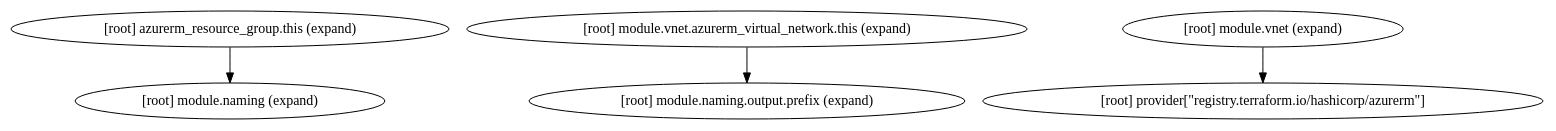
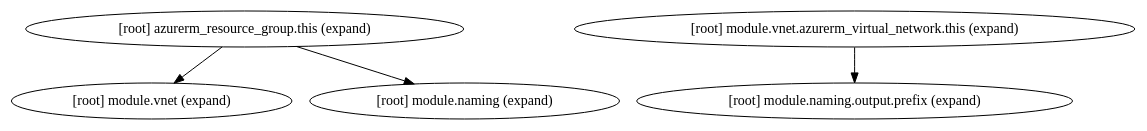
One commit to DamianFlynn/experiments changed the diagram in docs/superpowers/plans/2026-06-02-activity-overview-phase3c.md. Above: the diagram before and after it, drawn with Graphviz. The commit also changed 1 other file, not shown here.

Commit message:
fix(activity): terraform graph fixture needs an edge targeting module.vnet
Task 7 asserts modules/vnet is a resolved edge target, but the DOT fixture only
had vnet as a dependency SOURCE (never a target), so no edge to it would be
emitted. Add root->module.vnet so both child modules appear as targets; keeps
three arrows and does not regress the Task 6 parser tests.

https://claude.ai/code/session_01NUzaWbTrTnYbxCUEJ36Byb

````diff
--- a/docs/superpowers/plans/2026-06-02-activity-overview-phase3c.md
+++ b/docs/superpowers/plans/2026-06-02-activity-overview-phase3c.md
@@ -179,11 +179,11 @@
 ```dot
 digraph {
 	compound = "true"
 	newrank = "true"
 	subgraph "root" {
+		"[root] azurerm_resource_group.this (expand)" -> "[root] module.vnet (expand)"
 		"[root] azurerm_resource_group.this (expand)" -> "[root] module.naming (expand)"
 		"[root] module.vnet.azurerm_virtual_network.this (expand)" -> "[root] module.naming.output.prefix (expand)"
-		"[root] module.vnet (expand)" -> "[root] provider[\"registry.terraform.io/hashicorp/azurerm\"]"
 	}
 }
 ```
````
